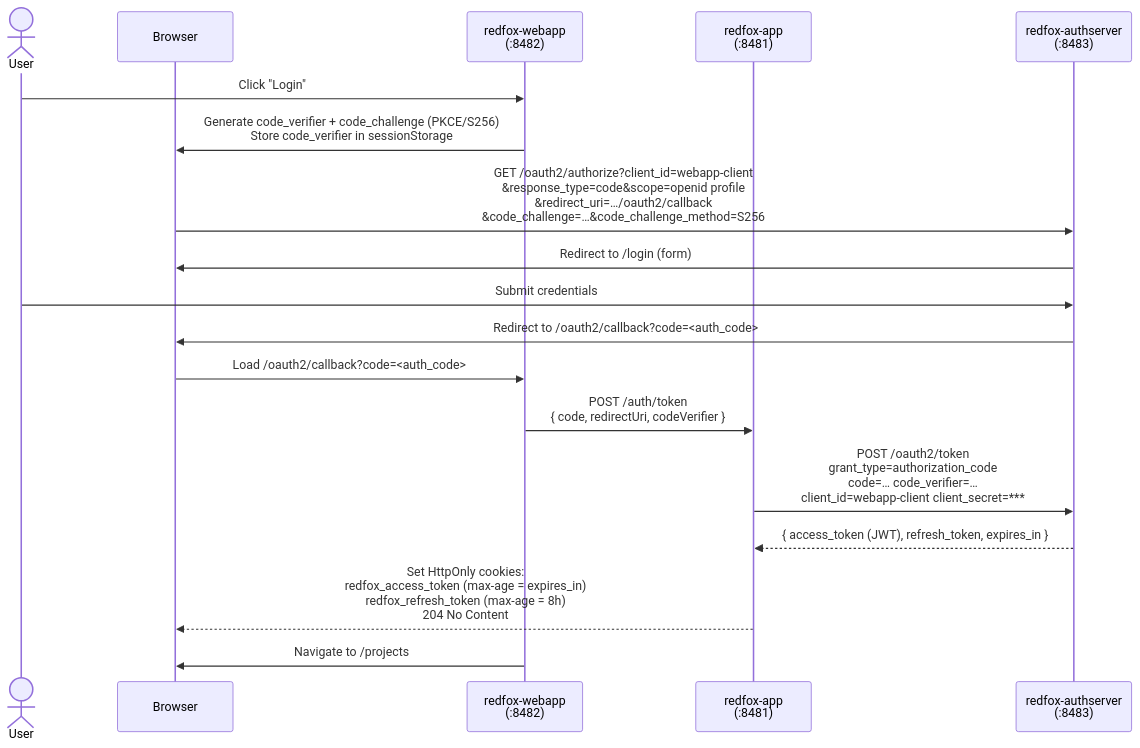
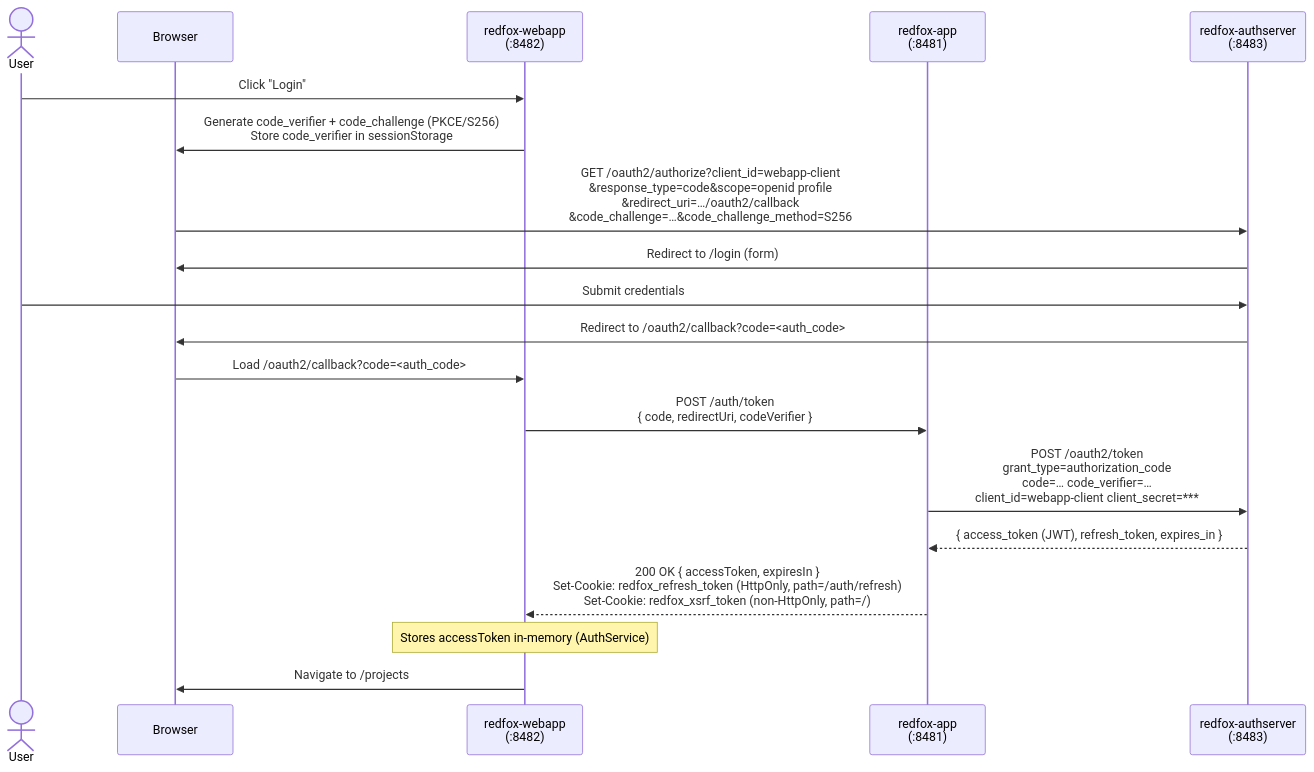
Before and after one commit to malczuuu/redfox-project: the first of 2 diagrams in README.md, drawn with Mermaid. The commit also changed other lines of this file and 3 other files, not shown here.

````diff
--- a/README.md
+++ b/README.md
@@ -23,21 +25,22 @@
 ```mermaid
 sequenceDiagram
     actor User
     participant Browser
     participant webapp as redfox-webapp<br/>(:8482)
     participant app as redfox-app<br/>(:8481)
     participant auth as redfox-authserver<br/>(:8483)
 
     User->>webapp: Click "Login"
     webapp->>Browser: Generate code_verifier + code_challenge (PKCE/S256)<br/>Store code_verifier in sessionStorage
     Browser->>auth: GET /oauth2/authorize?client_id=webapp-client<br/>&response_type=code&scope=openid profile<br/>&redirect_uri=…/oauth2/callback<br/>&code_challenge=…&code_challenge_method=S256
     auth->>Browser: Redirect to /login (form)
     User->>auth: Submit credentials
     auth->>Browser: Redirect to /oauth2/callback?code=<auth_code>
     Browser->>webapp: Load /oauth2/callback?code=<auth_code>
     webapp->>app: POST /auth/token<br/>{ code, redirectUri, codeVerifier }
     app->>auth: POST /oauth2/token<br/>grant_type=authorization_code<br/>code=… code_verifier=…<br/>client_id=webapp-client client_secret=***
     auth-->>app: { access_token (JWT), refresh_token, expires_in }
-    app-->>Browser: Set HttpOnly cookies:<br/>redfox_access_token (max-age = expires_in)<br/>redfox_refresh_token (max-age = 8h)<br/>204 No Content
+    app-->>webapp: 200 OK { accessToken, expiresIn }<br/>Set-Cookie: redfox_refresh_token (HttpOnly, path=/auth/refresh)<br/>Set-Cookie: redfox_xsrf_token (non-HttpOnly, path=/)
+    Note over webapp: Stores accessToken in-memory (AuthService)
     webapp->>Browser: Navigate to /projects
 ```
````
